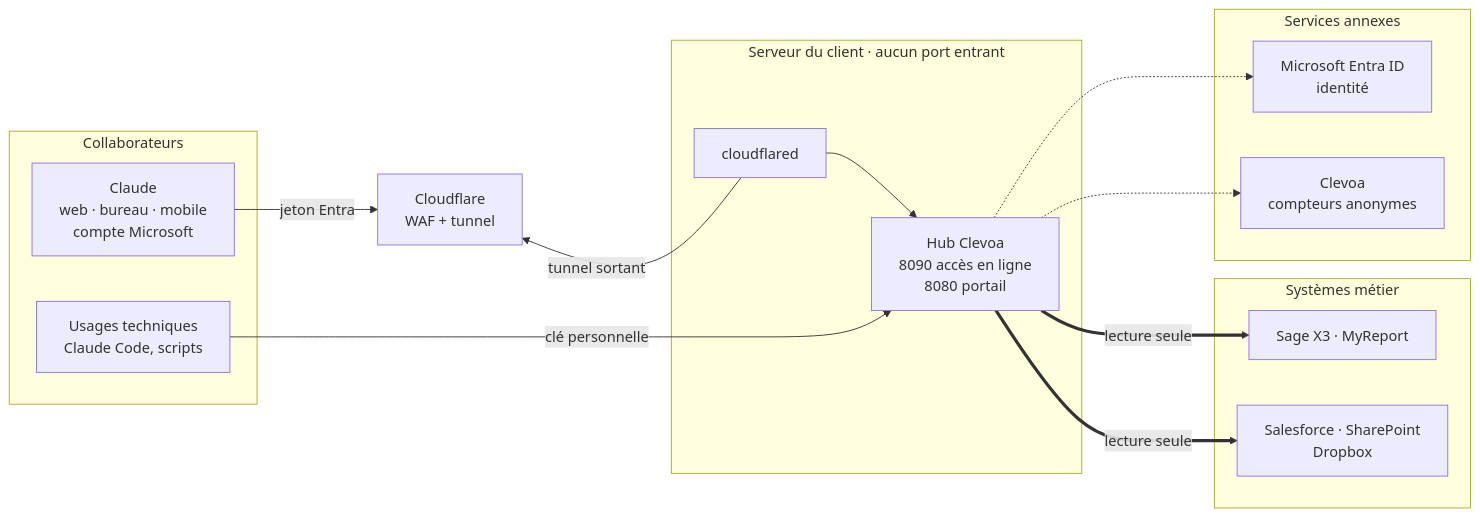
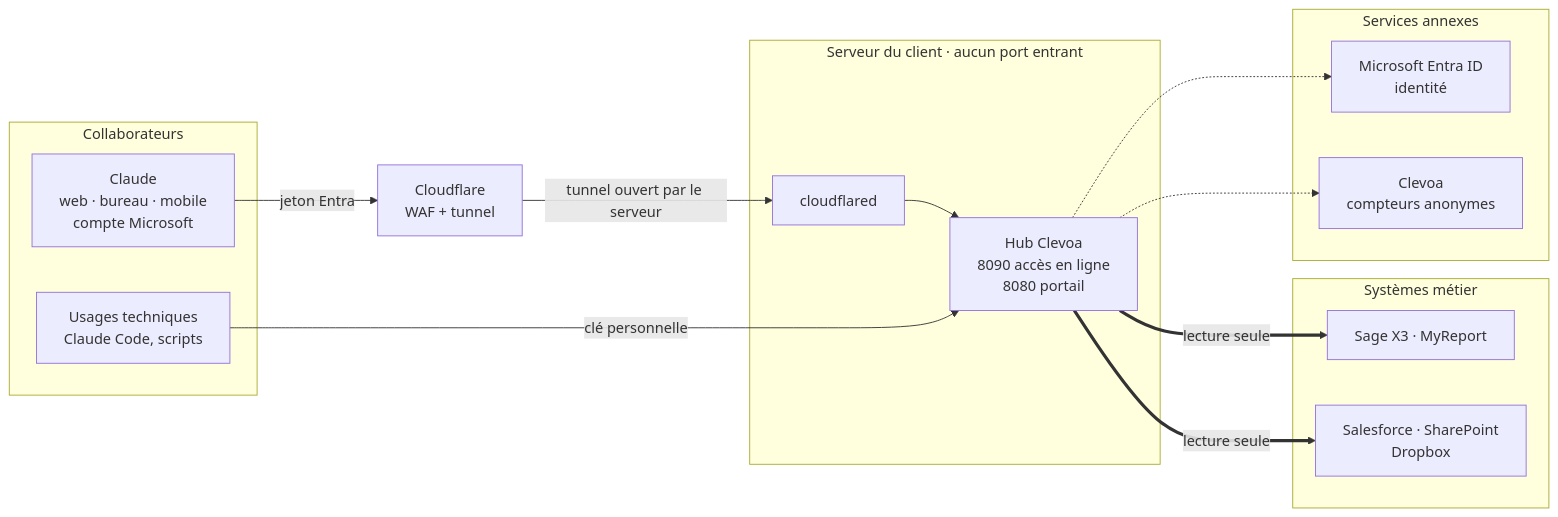
The diagram in docs/developer/architecture.md (sirkazey/Clevoa-IA-gateway), drawn with Mermaid before and after one commit.

Commit message:
Architecture : flèche du tunnel dans le sens de la requête, libellé « tunnel ouvert par le serveur »
Claude-Session: https://claude.ai/code/session_015c52nDZLyGDrQucef8cRgA

````diff
--- a/docs/developer/architecture.md
+++ b/docs/developer/architecture.md
@@ -11,33 +11,29 @@
 ```mermaid
 flowchart LR
     subgraph U["Collaborateurs"]
         W["Claude<br/>web · bureau · mobile<br/>compte Microsoft"]
         D["Usages techniques<br/>Claude Code, scripts"]
     end
     T["Cloudflare<br/>WAF + tunnel"]
     subgraph CL["Serveur du client · aucun port entrant"]
         CD["cloudflared"]
         H["Hub Clevoa<br/>8090 accès en ligne<br/>8080 portail"]
     end
     subgraph S["Systèmes métier"]
         X3["Sage X3 · MyReport"]
         SA["Salesforce · SharePoint<br/>Dropbox"]
     end
     subgraph EXT["Services annexes"]
         E["Microsoft Entra ID<br/>identité"]
         CV["Clevoa<br/>compteurs anonymes"]
     end
 
     W -->|"jeton Entra"| T
-    %% liens invisibles : gardent Cloudflare à gauche du serveur malgré la flèche sortante
-    T ~~~ CD
-    T ~~~ CD
-    T ~~~ CD
-    CD -->|"tunnel sortant"| T
+    T -->|"tunnel ouvert par le serveur"| CD
     CD --> H
     D -->|"clé personnelle"| H
     H ==>|"lecture seule"| X3
     H ==>|"lecture seule"| SA
     H -.-> E
     H -.-> CV
 ```
````
